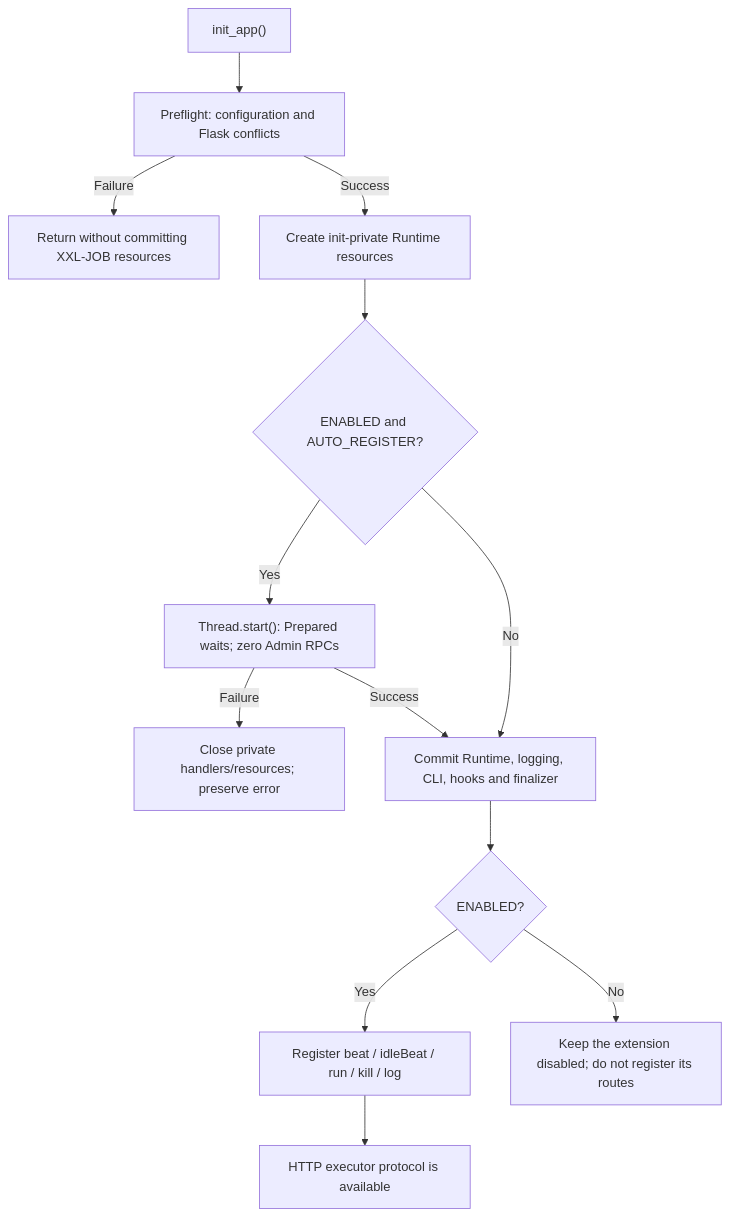
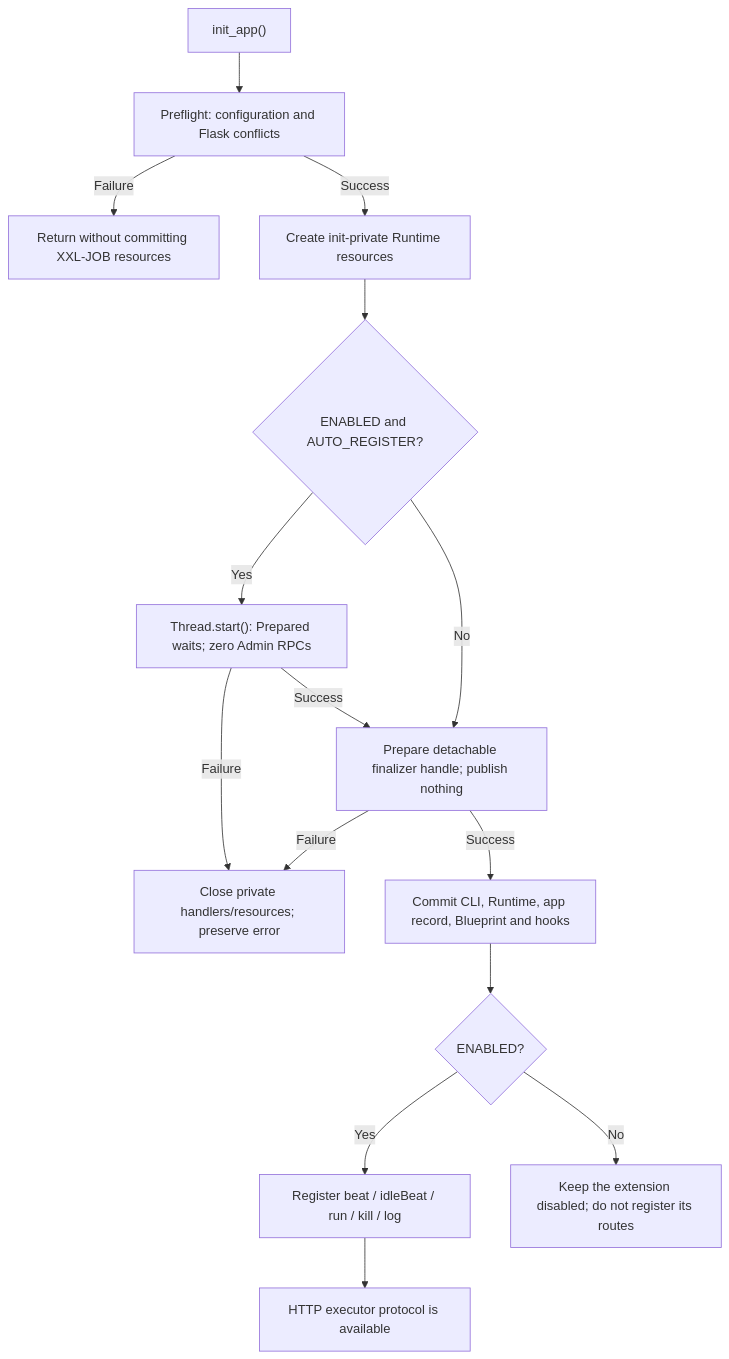
Before and after one commit to pumpkin-nbc/Flask-XXLJob: the first of 4 diagrams in docs/deployment.md, drawn with Mermaid. The commit also changed other lines of this file and 13 other files, not shown here.

First line of the commit message:
fix(develop): 加固 init_app 初始化提交边界与 finalizer 所有权

````diff
--- a/docs/deployment.md
+++ b/docs/deployment.md
@@ -11,15 +11,17 @@
 ```mermaid
 flowchart TD
     A["init_app()"] --> B["Preflight: configuration and Flask conflicts"]
     B -->|"Failure"| C["Return without committing XXL-JOB resources"]
     B -->|"Success"| P["Create init-private Runtime resources"]
     P --> Q{"ENABLED and AUTO_REGISTER?"}
     Q -->|"Yes"| R["Thread.start(): Prepared waits; zero Admin RPCs"]
     R -->|"Failure"| S["Close private handlers/resources; preserve error"]
-    R -->|"Success"| D["Commit Runtime, logging, CLI, hooks and finalizer"]
-    Q -->|"No"| D
+    R -->|"Success"| T["Prepare detachable finalizer handle; publish nothing"]
+    Q -->|"No"| T
+    T -->|"Failure"| S
+    T -->|"Success"| D["Commit CLI, Runtime, app record, Blueprint and hooks"]
     D --> E{"ENABLED?"}
     E -->|"Yes"| F["Register beat / idleBeat / run / kill / log"]
     F --> G["HTTP executor protocol is available"]
     E -->|"No"| H["Keep the extension disabled; do not register its routes"]
 ```
````
